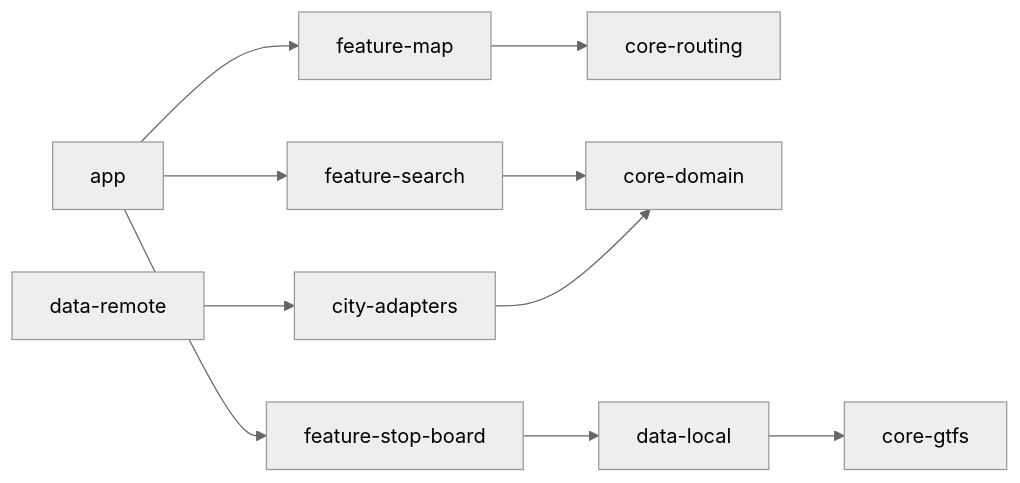
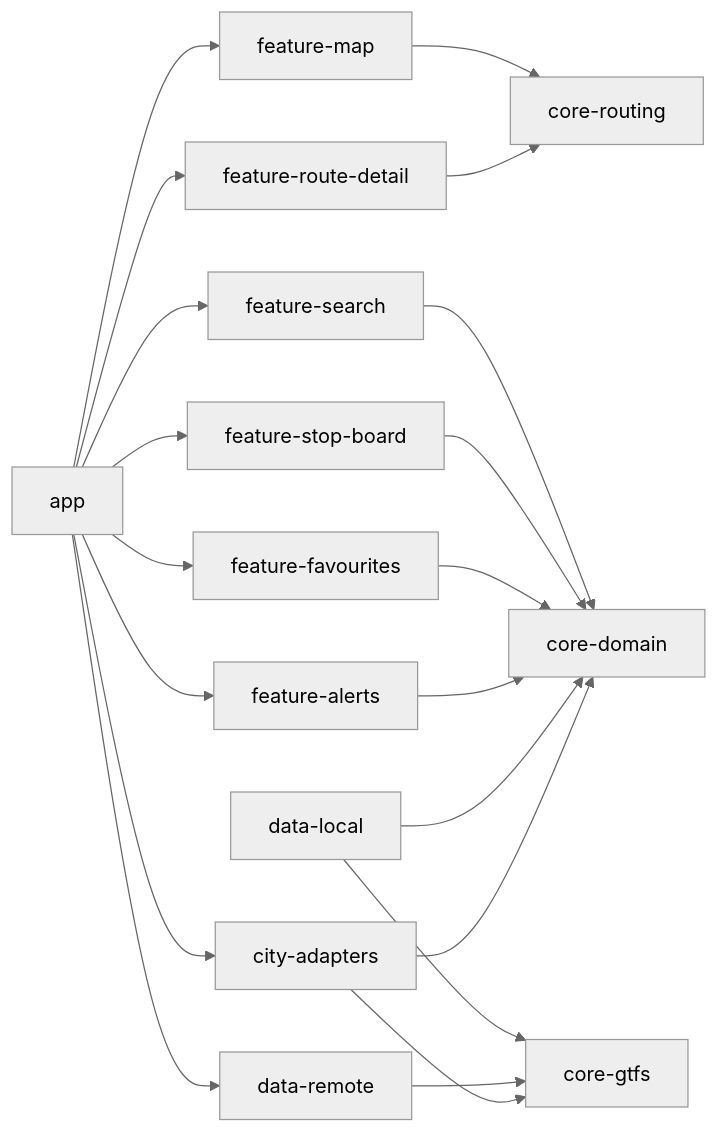
The diagram in docs/CODEBASE_IMPACT_MAP.md (Fuuduuu/ANDROBUSS), drawn with Mermaid (neutral theme) before and after one commit. The commit also changed other lines of this file and 7 other files, not shown here.

Commit message:
docs: fix architecture review blockers

````diff
--- a/docs/CODEBASE_IMPACT_MAP.md
+++ b/docs/CODEBASE_IMPACT_MAP.md
@@ -26,12 +68,22 @@
 ```mermaid
 flowchart LR
     app --> feature_map[feature-map]
     app --> feature_search[feature-search]
     app --> feature_stop_board[feature-stop-board]
+    app --> feature_route_detail[feature-route-detail]
+    app --> feature_favourites[feature-favourites]
+    app --> feature_alerts[feature-alerts]
     feature_map --> core_routing[core-routing]
     feature_search --> core_domain[core-domain]
-    feature_stop_board --> data_local[data-local]
+    feature_stop_board --> core_domain
+    feature_route_detail --> core_routing
+    feature_favourites --> core_domain
+    feature_alerts --> core_domain
+    data_local[data-local] --> core_domain
     data_local --> core_gtfs[core-gtfs]
-    data_remote[data-remote] --> city_adapters[city-adapters]
+    data_remote --> core_gtfs
+    app --> data_remote[data-remote]
+    app --> city_adapters[city-adapters]
+    city_adapters --> core_gtfs
     city_adapters --> core_domain
 ```
````
